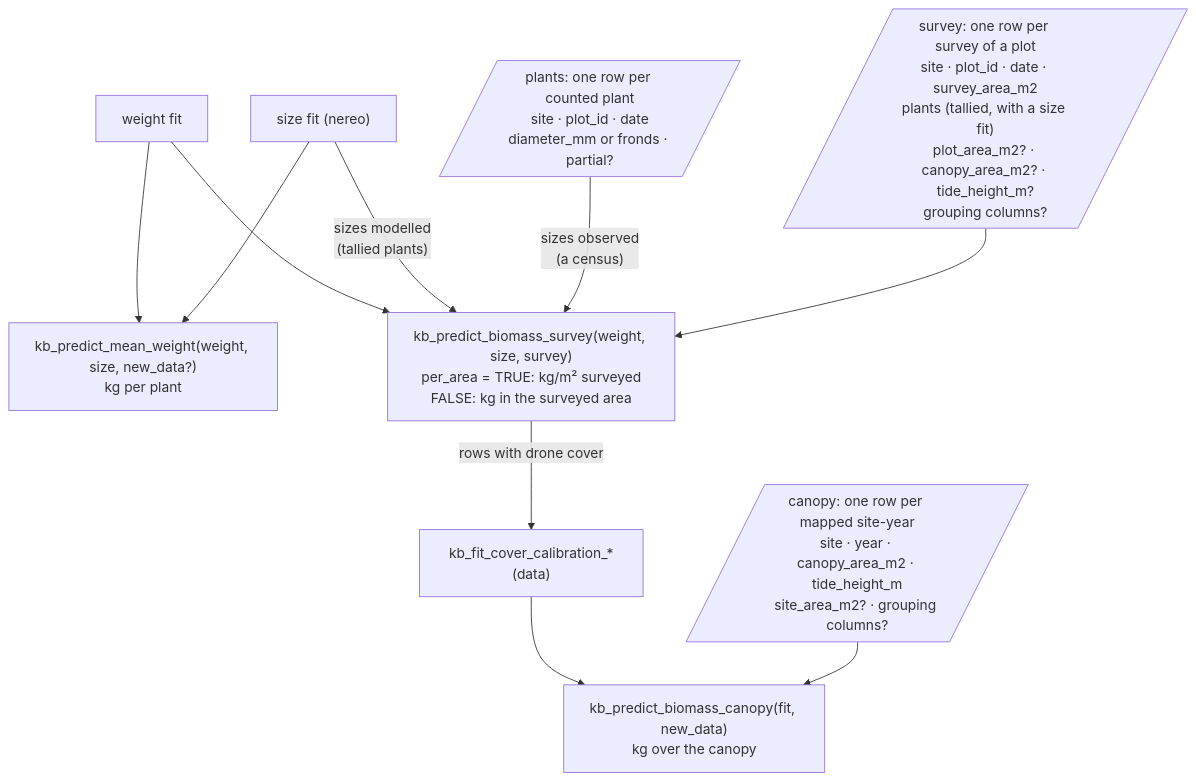
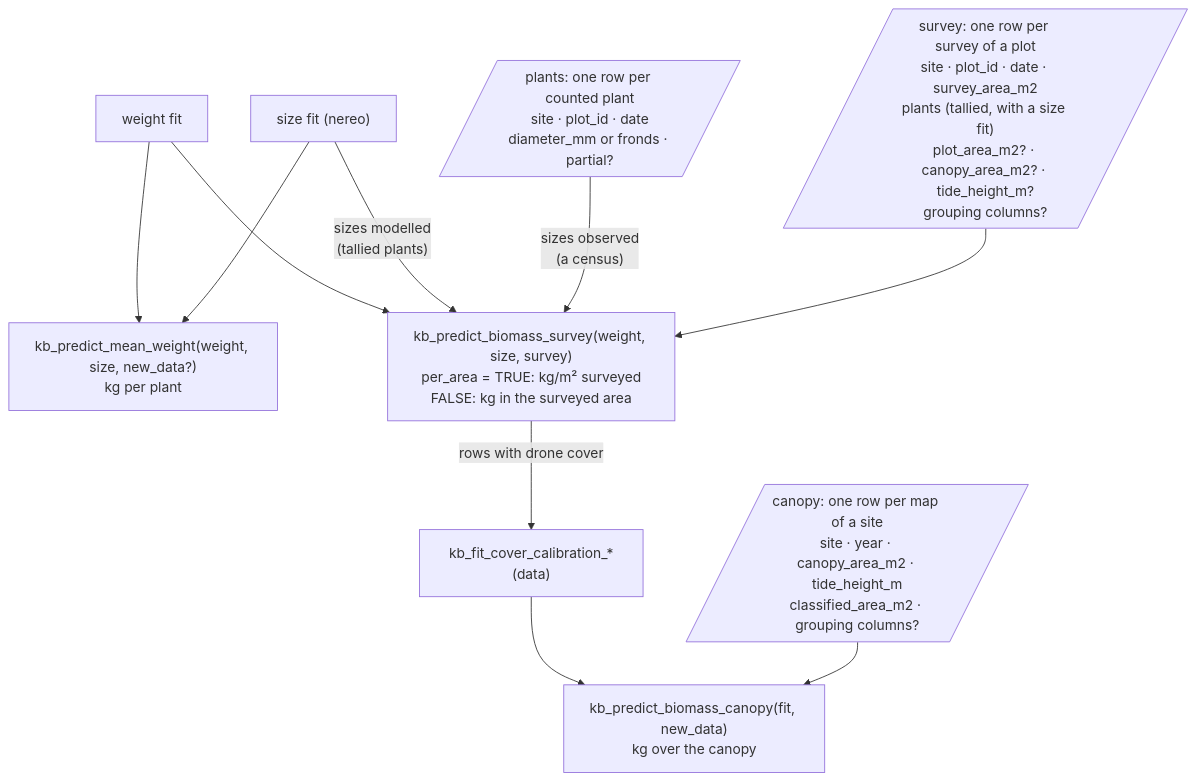
One commit to HakaiInstitute/kelpbio changed the second of 3 diagrams in decisions/architecture.md. Above: the diagram before and after it, drawn with Mermaid. The commit also changed 18 other files, not shown here.

Commit message:
Require classified_area_m2 for canopy totals

````diff
--- a/decisions/architecture.md
+++ b/decisions/architecture.md
@@ -47,12 +47,12 @@
 ```mermaid
 flowchart TB
     FW["weight fit"] --> VMW
     FS["size fit (nereo)"] --> VMW["kb_predict_mean_weight(weight, size, new_data?)<br/>kg per plant"]
     FW --> VBP
     FS -->|"sizes modelled<br/>(tallied plants)"| VBP
     DPL[/"plants: one row per counted plant<br/>site · plot_id · date<br/>diameter_mm or fronds · partial?"/] -->|"sizes observed<br/>(a census)"| VBP
     DSU[/"survey: one row per survey of a plot<br/>site · plot_id · date · survey_area_m2<br/>plants (tallied, with a size fit)<br/>plot_area_m2? · canopy_area_m2? · tide_height_m?<br/>grouping columns?"/] --> VBP["kb_predict_biomass_survey(weight, size, survey)<br/>per_area = TRUE: kg/m² surveyed<br/>FALSE: kg in the surveyed area"]
     VBP -->|"rows with drone cover"| FCC["kb_fit_cover_calibration_*(data)"]
     FCC --> VCA["kb_predict_biomass_canopy(fit, new_data)<br/>kg over the canopy"]
-    DCA[/"canopy: one row per mapped site-year<br/>site · year · canopy_area_m2 · tide_height_m<br/>site_area_m2? · grouping columns?"/] --> VCA
+    DCA[/"canopy: one row per map of a site<br/>site · year · canopy_area_m2 · tide_height_m<br/>classified_area_m2 · grouping columns?"/] --> VCA
 ```
````
